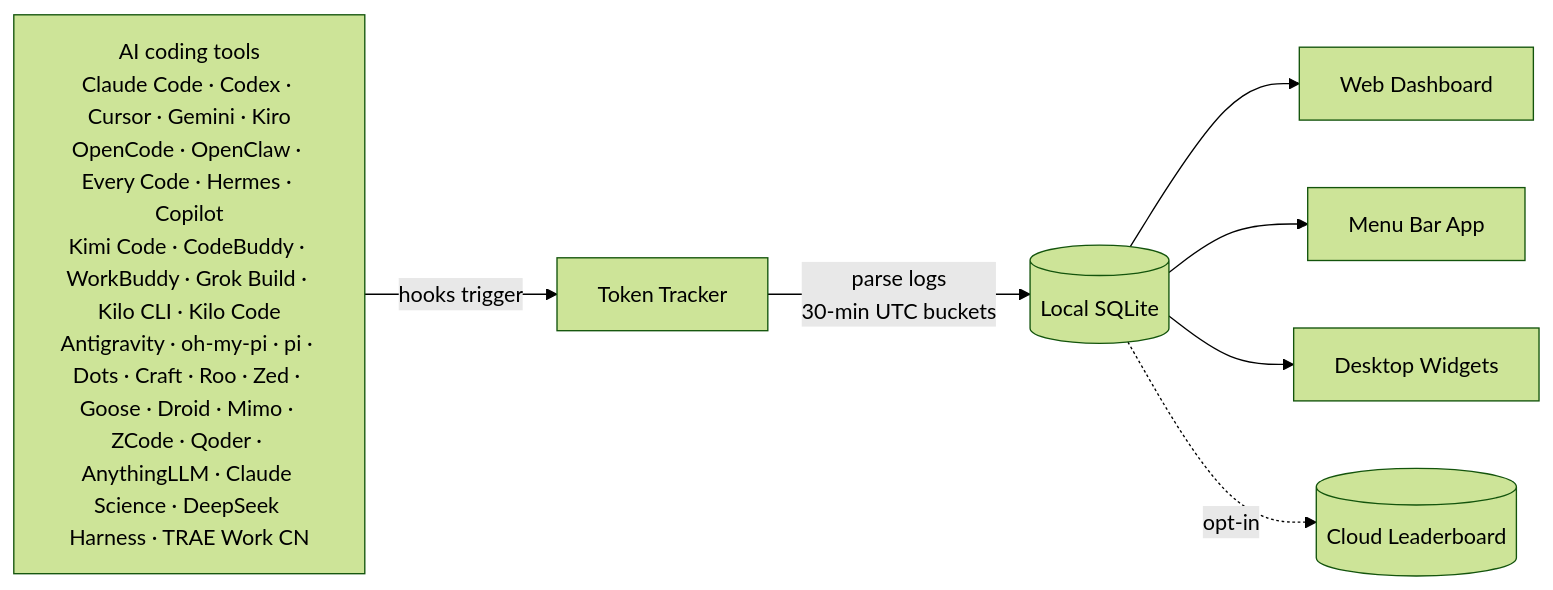
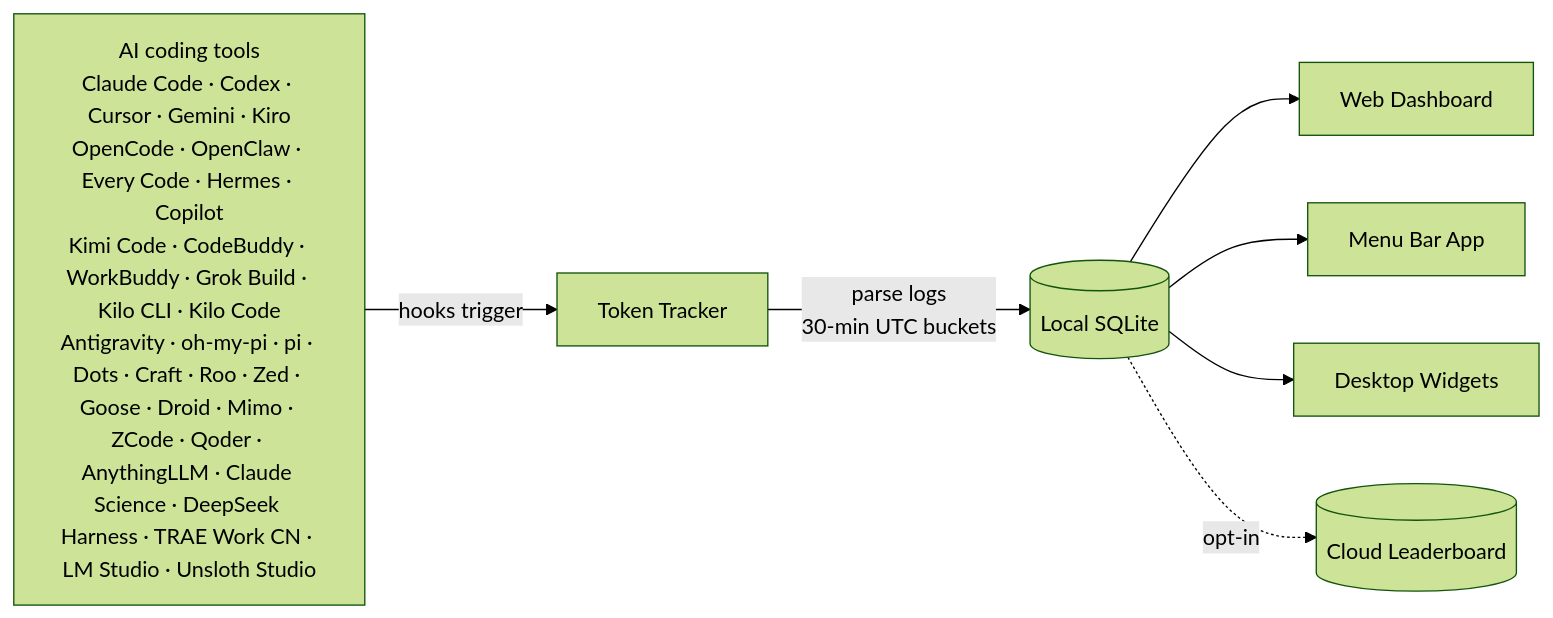
One commit to CrazyForks/TokenTracker changed the diagram in README.md. Above: the diagram before and after it, drawn with Mermaid (forest theme). The commit also changed other lines of this file and 31 other files, not shown here.

First line of the commit message:
Add LM Studio and Unsloth usage tracking (#552)

````diff
--- a/README.md
+++ b/README.md
@@ -308,10 +310,10 @@
 ```mermaid
 flowchart LR
-    A["AI coding tools<br/>Claude Code · Codex · Cursor · Gemini · Kiro<br/>OpenCode · OpenClaw · Every Code · Hermes · Copilot<br/>Kimi Code · CodeBuddy · WorkBuddy · Grok Build · Kilo CLI · Kilo Code<br/>Antigravity · oh-my-pi · pi · Dots · Craft · Roo · Zed · Goose · Droid · Mimo · ZCode · Qoder · AnythingLLM · Claude Science · DeepSeek Harness · TRAE Work CN"]
+    A["AI coding tools<br/>Claude Code · Codex · Cursor · Gemini · Kiro<br/>OpenCode · OpenClaw · Every Code · Hermes · Copilot<br/>Kimi Code · CodeBuddy · WorkBuddy · Grok Build · Kilo CLI · Kilo Code<br/>Antigravity · oh-my-pi · pi · Dots · Craft · Roo · Zed · Goose · Droid · Mimo · ZCode · Qoder · AnythingLLM · Claude Science · DeepSeek Harness · TRAE Work CN · LM Studio · Unsloth Studio"]
     A -->|hooks trigger| B[Token Tracker]
     B -->|parse logs<br/>30-min UTC buckets| C[(Local SQLite)]
     C --> D[Web Dashboard]
     C --> E[Menu Bar App]
     C --> F[Desktop Widgets]
     C -.->|opt-in| G[(Cloud Leaderboard)]
 ```
````
